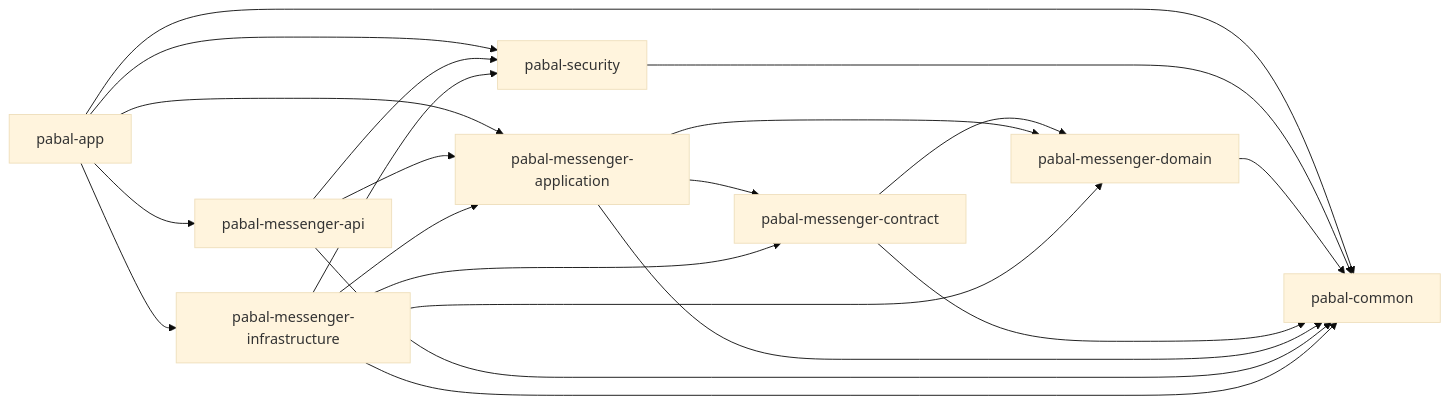
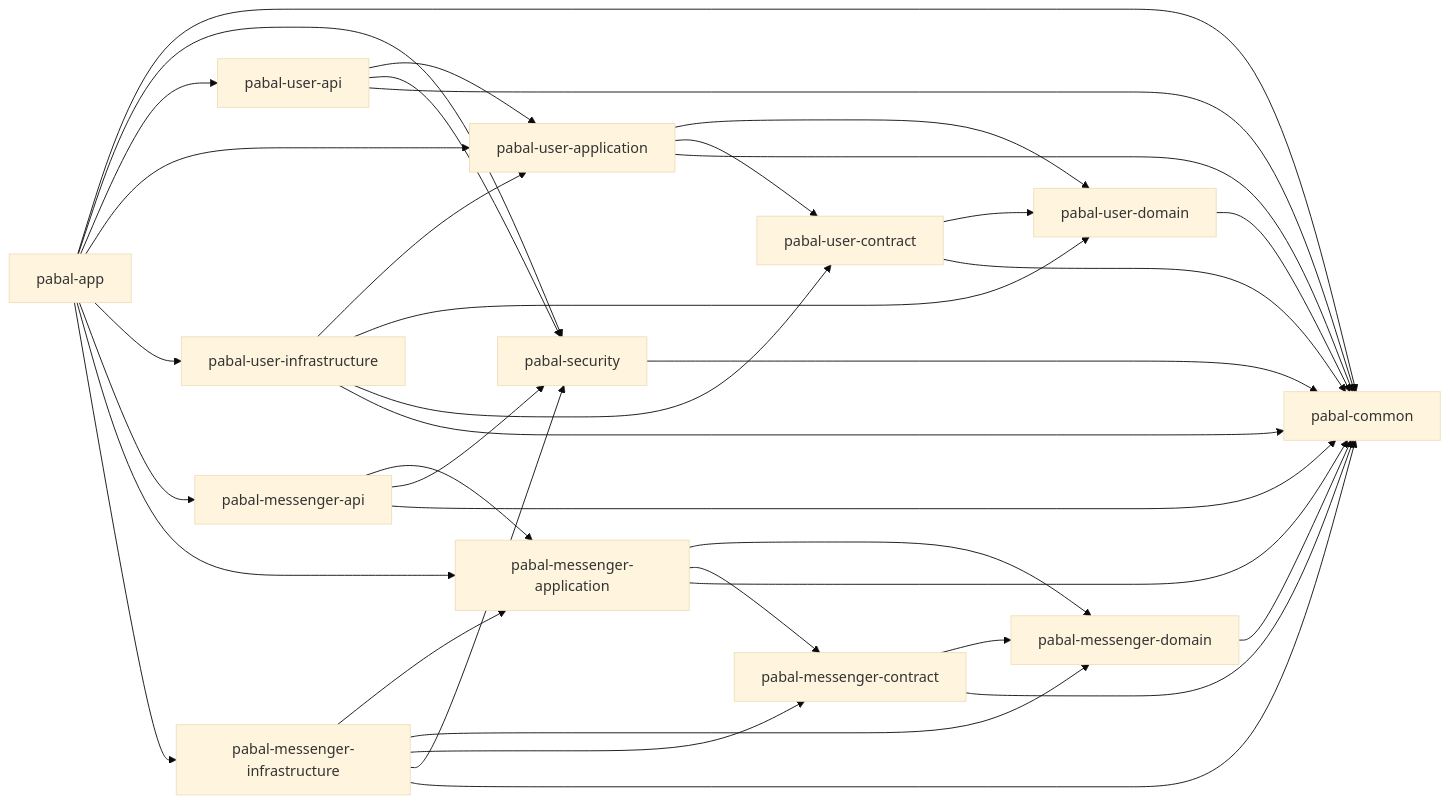
Before and after one commit to woojun-k/pabal: the diagram in docs/architecture/package-structure-and-layers.md, drawn with Mermaid (base theme). The commit also changed other lines of this file and 112 other files, not shown here.

Commit message:
feat(messenger,user): 유저 모듈 신설, STOMP 보안 디커플링 및 메시지 톰스톤 도입

````diff
--- a/docs/architecture/package-structure-and-layers.md
+++ b/docs/architecture/package-structure-and-layers.md
@@ -47,24 +57,41 @@
 ```mermaid
 flowchart LR
     app["pabal-app"] --> common["pabal-common"]
     app --> security["pabal-security"]
-    app --> api["pabal-messenger-api"]
-    app --> application["pabal-messenger-application"]
-    app --> infrastructure["pabal-messenger-infrastructure"]
+    app --> user_api["pabal-user-api"]
+    app --> user_application["pabal-user-application"]
+    app --> user_infrastructure["pabal-user-infrastructure"]
+    app --> messenger_api["pabal-messenger-api"]
+    app --> messenger_application["pabal-messenger-application"]
+    app --> messenger_infrastructure["pabal-messenger-infrastructure"]
 
     security --> common
-    domain["pabal-messenger-domain"] --> common
-    contract["pabal-messenger-contract"] --> domain
-    contract --> common
-    application --> domain
-    application --> contract
-    application --> common
-    api --> application
-    api --> security
-    api --> common
-    infrastructure --> application
-    infrastructure --> domain
-    infrastructure --> contract
-    infrastructure --> security
-    infrastructure --> common
+    user_domain["pabal-user-domain"] --> common
+    user_contract["pabal-user-contract"] --> user_domain
+    user_contract --> common
+    user_application --> user_domain
+    user_application --> user_contract
+    user_application --> common
+    user_api --> user_application
+    user_api --> security
+    user_api --> common
+    user_infrastructure --> user_application
+    user_infrastructure --> user_domain
+    user_infrastructure --> user_contract
+    user_infrastructure --> common
+
+    messenger_domain["pabal-messenger-domain"] --> common
+    messenger_contract["pabal-messenger-contract"] --> messenger_domain
+    messenger_contract --> common
+    messenger_application --> messenger_domain
+    messenger_application --> messenger_contract
+    messenger_application --> common
+    messenger_api --> messenger_application
+    messenger_api --> security
+    messenger_api --> common
+    messenger_infrastructure --> messenger_application
+    messenger_infrastructure --> messenger_domain
+    messenger_infrastructure --> messenger_contract
+    messenger_infrastructure --> security
+    messenger_infrastructure --> common
 ```
````
